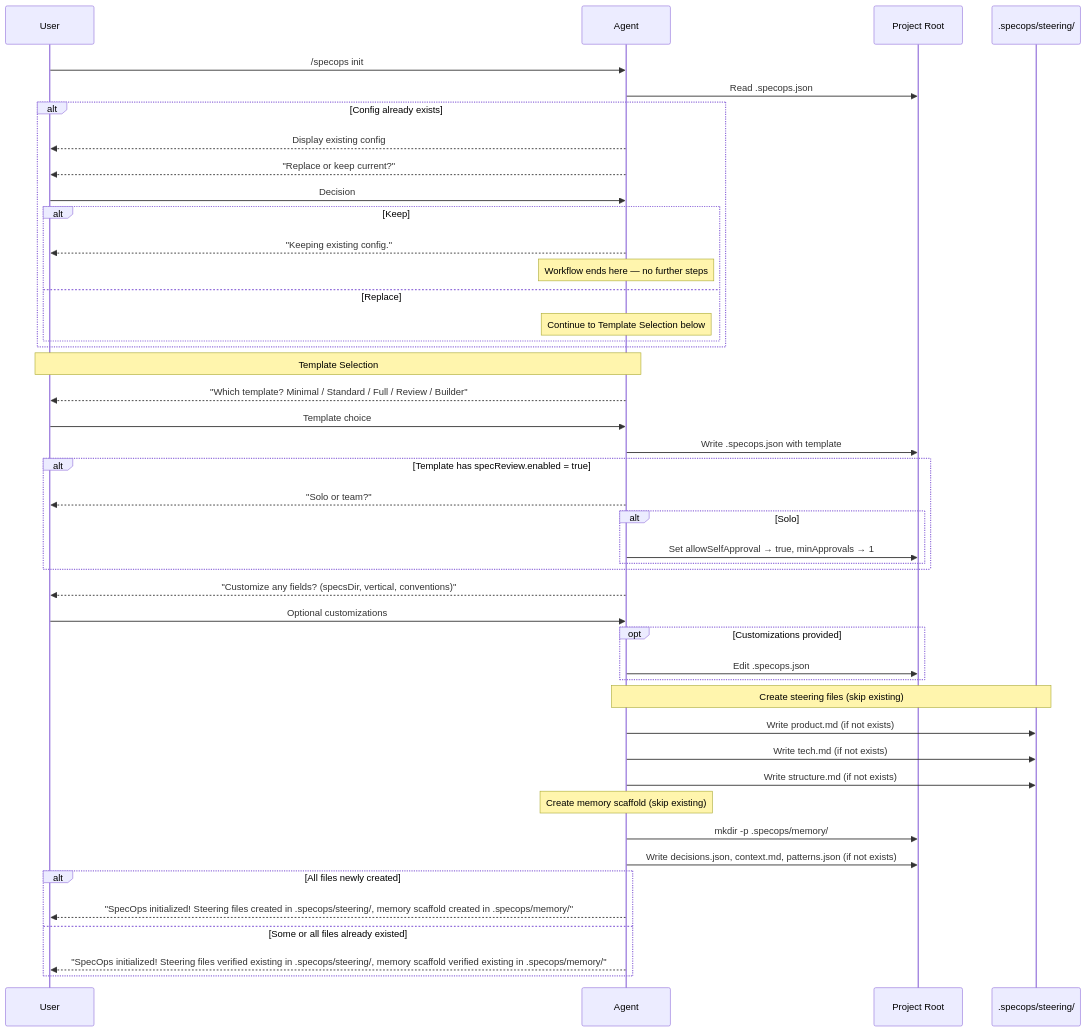
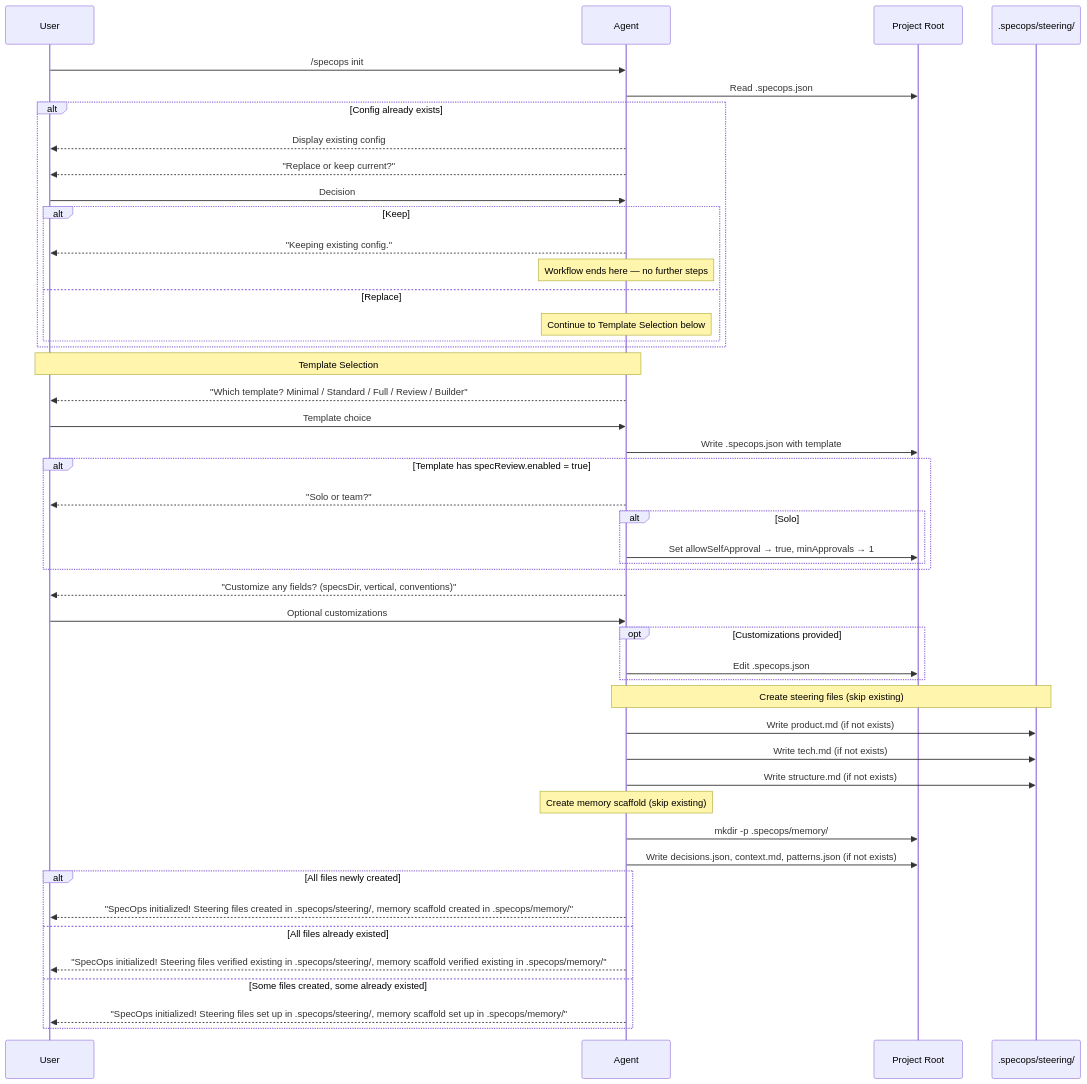
The eighth of 8 diagrams in docs/DIAGRAMS.md (sanmak/specops), drawn with Mermaid before and after one commit. The commit also changed 8 other files, not shown here.

Commit message:
fix: address PR #14 review — malformed spec.json fallback, memory sanitization, lint trailing newline, diagram mixed-state

````diff
--- a/docs/DIAGRAMS.md
+++ b/docs/DIAGRAMS.md
@@ -479,56 +479,58 @@
 ```mermaid
 sequenceDiagram
     participant U as User
     participant A as Agent
     participant FS as Project Root
     participant SD as .specops/steering/
 
     U->>A: /specops init
 
     A->>FS: Read .specops.json
     alt Config already exists
         A-->>U: Display existing config
         A-->>U: "Replace or keep current?"
         U->>A: Decision
         alt Keep
             A-->>U: "Keeping existing config."
             Note over A: Workflow ends here — no further steps
         else Replace
             Note over A: Continue to Template Selection below
         end
     end
 
     Note over A,U: Template Selection
 
     A-->>U: "Which template? Minimal / Standard / Full / Review / Builder"
     U->>A: Template choice
     A->>FS: Write .specops.json with template
 
     alt Template has specReview.enabled = true
         A-->>U: "Solo or team?"
         alt Solo
             A->>FS: Set allowSelfApproval → true, minApprovals → 1
         end
     end
 
     A-->>U: "Customize any fields? (specsDir, vertical, conventions)"
     U->>A: Optional customizations
     opt Customizations provided
         A->>FS: Edit .specops.json
     end
 
     Note over A,SD: Create steering files (skip existing)
     A->>SD: Write product.md (if not exists)
     A->>SD: Write tech.md (if not exists)
     A->>SD: Write structure.md (if not exists)
 
     Note over A: Create memory scaffold (skip existing)
     A->>FS: mkdir -p .specops/memory/
     A->>FS: Write decisions.json, context.md, patterns.json (if not exists)
 
     alt All files newly created
         A-->>U: "SpecOps initialized! Steering files created in .specops/steering/, memory scaffold created in .specops/memory/"
-    else Some or all files already existed
+    else All files already existed
         A-->>U: "SpecOps initialized! Steering files verified existing in .specops/steering/, memory scaffold verified existing in .specops/memory/"
+    else Some files created, some already existed
+        A-->>U: "SpecOps initialized! Steering files set up in .specops/steering/, memory scaffold set up in .specops/memory/"
     end
 ```
````
